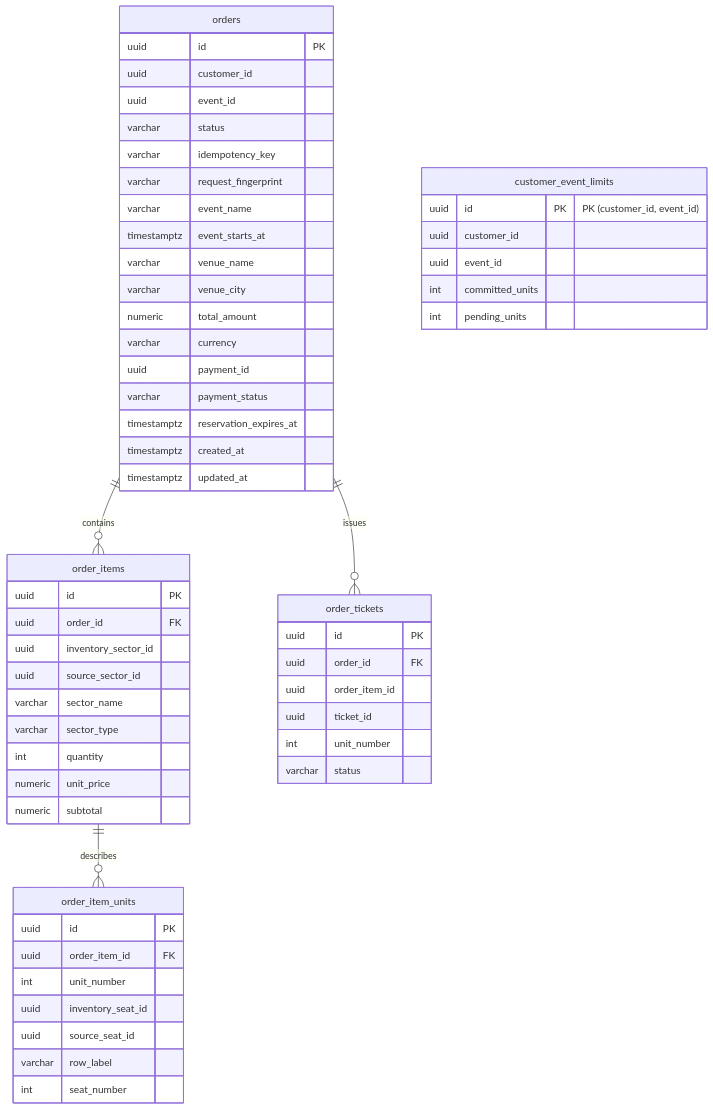
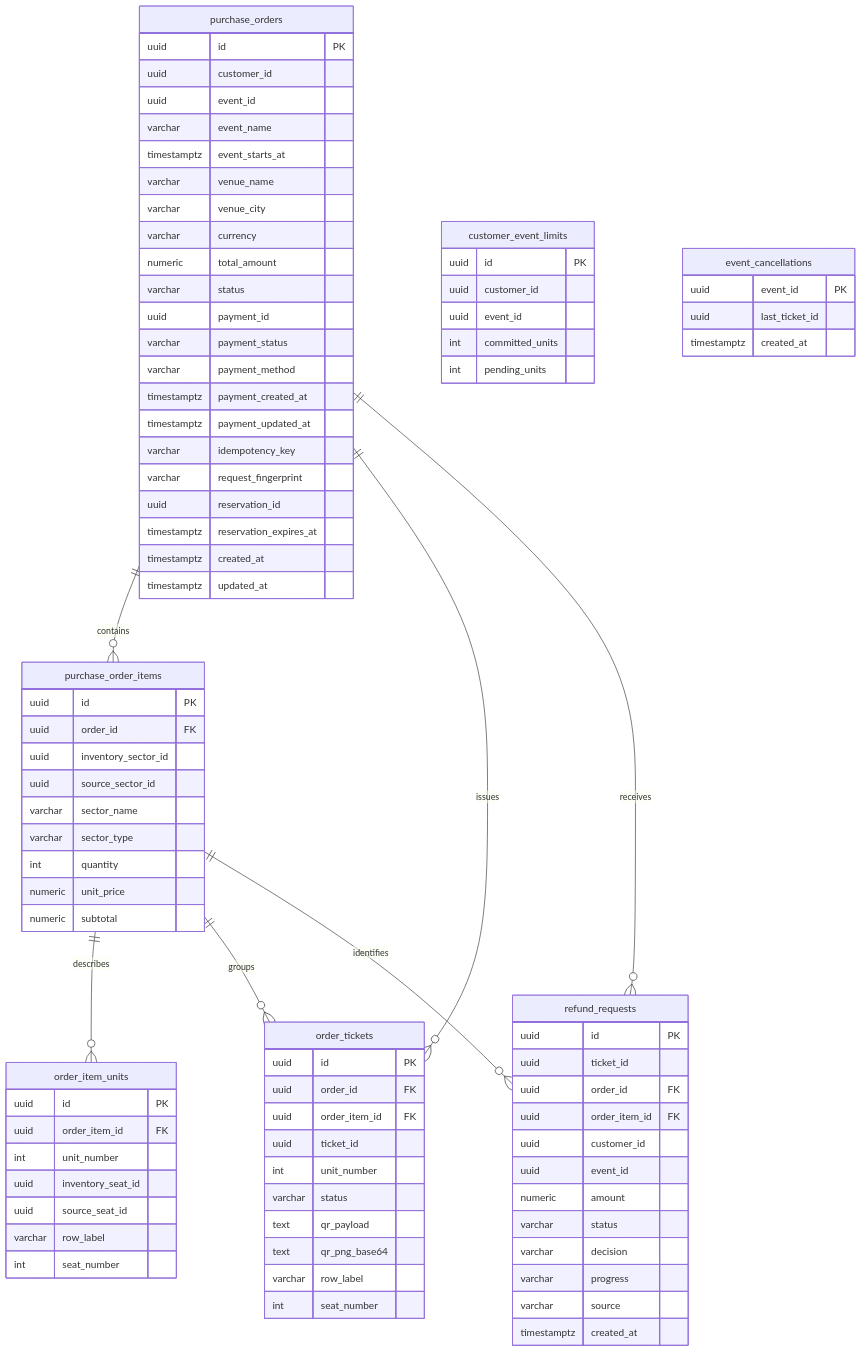
One commit to rami-bit/ArquitecturasWeb_TPE changed the seventh of 8 diagrams in ticketya/docs/architecture.md. Above: the diagram before and after it, drawn with Mermaid. The commit also changed other lines of this file and 25 other files, not shown here.

````diff
--- a/ticketya/docs/architecture.md
+++ b/ticketya/docs/architecture.md
@@ -363,29 +438,36 @@
 ```mermaid
 erDiagram
-    orders ||--o{ order_items : contains
-    order_items ||--o{ order_item_units : describes
-    orders ||--o{ order_tickets : issues
+    purchase_orders ||--o{ purchase_order_items : contains
+    purchase_order_items ||--o{ order_item_units : describes
+    purchase_orders ||--o{ order_tickets : issues
+    purchase_order_items ||--o{ order_tickets : groups
+    purchase_orders ||--o{ refund_requests : receives
+    purchase_order_items ||--o{ refund_requests : identifies
 
-    orders {
+    purchase_orders {
         uuid id PK
         uuid customer_id
         uuid event_id
-        varchar status
-        varchar idempotency_key
-        varchar request_fingerprint
         varchar event_name
         timestamptz event_starts_at
         varchar venue_name
         varchar venue_city
+        varchar currency
         numeric total_amount
-        varchar currency
+        varchar status
         uuid payment_id
         varchar payment_status
+        varchar payment_method
+        timestamptz payment_created_at
+        timestamptz payment_updated_at
+        varchar idempotency_key
+        varchar request_fingerprint
+        uuid reservation_id
         timestamptz reservation_expires_at
         timestamptz created_at
         timestamptz updated_at
     }
-    order_items {
+    purchase_order_items {
         uuid id PK
         uuid order_id FK
         uuid inventory_sector_id
@@ -408,16 +490,39 @@
     order_tickets {
         uuid id PK
         uuid order_id FK
-        uuid order_item_id
+        uuid order_item_id FK
         uuid ticket_id
         int unit_number
         varchar status
+        text qr_payload
+        text qr_png_base64
+        varchar row_label
+        int seat_number
     }
     customer_event_limits {
-        uuid id PK "PK (customer_id, event_id)"
+        uuid id PK
         uuid customer_id
         uuid event_id
         int committed_units
         int pending_units
     }
+    refund_requests {
+        uuid id PK
+        uuid ticket_id
+        uuid order_id FK
+        uuid order_item_id FK
+        uuid customer_id
+        uuid event_id
+        numeric amount
+        varchar status
+        varchar decision
+        varchar progress
+        varchar source
+        timestamptz created_at
+    }
+    event_cancellations {
+        uuid event_id PK
+        uuid last_ticket_id
+        timestamptz created_at
+    }
 ```
````
